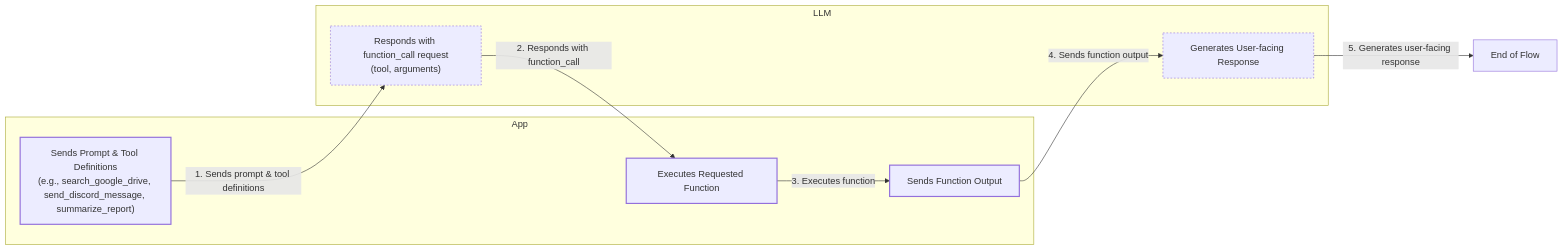
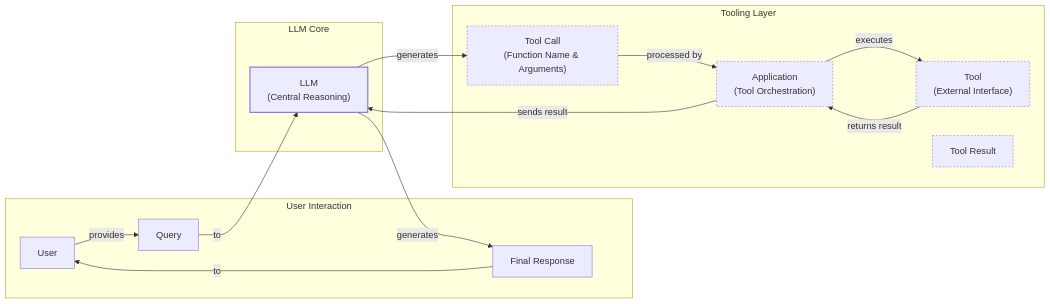
Before and after one commit to YMaXing/Research-Agent-reinforced-by-RL: the first of 4 diagrams in RL_researcher_writer_ymaxing/rl_training_data/noise_experiment/06_tools__var_standard__replicate2__preset3/article_000.md, drawn with Mermaid. The commit also changed other lines of this file and 4528 other files, not shown here.

````diff
--- a/RL_researcher_writer_ymaxing/rl_training_data/noise_experiment/06_tools__var_standard__replicate2__preset3/article_000.md
+++ b/RL_researcher_writer_ymaxing/rl_training_data/noise_experiment/06_tools__var_standard__replicate2__preset3/article_000.md
@@ -27,28 +15,41 @@
 ```mermaid
 flowchart LR
-  %% Define App actions
-  subgraph "App"
-    A_Start["Sends Prompt & Tool Definitions<br/>(e.g., search_google_drive, send_discord_message, summarize_report)"]
-    A_Execute["Executes Requested Function"]
-    A_SendOutput["Sends Function Output"]
+  %% User Interaction
+  subgraph "User Interaction"
+    User["User"]
+    Query["Query"]
+    FinalResponse["Final Response"]
   end
 
-  %% Define LLM actions
-  subgraph "LLM"
-    L_FunctionCall["Responds with function_call request<br/>(tool, arguments)"]
-    L_GenerateResponse["Generates User-facing Response"]
+  %% LLM Core
+  subgraph "LLM Core"
+    LLM["LLM<br/>(Central Reasoning)"]
   end
 
-  %% Define the 5-step flow
-  A_Start -- "1. Sends prompt & tool definitions" --> L_FunctionCall
-  L_FunctionCall -- "2. Responds with function_call" --> A_Execute
-  A_Execute -- "3. Executes function" --> A_SendOutput
-  A_SendOutput -- "4. Sends function output" --> L_GenerateResponse
-  L_GenerateResponse -- "5. Generates user-facing response" --> End["End of Flow"]
+  %% Tooling Layer
+  subgraph "Tooling Layer"
+    Application["Application<br/>(Tool Orchestration)"]
+    ToolCall["Tool Call<br/>(Function Name & Arguments)"]
+    Tool["Tool<br/>(External Interface)"]
+    ToolResult["Tool Result"]
+  end
 
-  %% Visual differentiation for node groups
-  classDef app_action stroke-width:2px
-  classDef llm_action stroke-dasharray:3,3
-  class A_Start,A_Execute,A_SendOutput app_action
-  class L_FunctionCall,L_GenerateResponse llm_action
+  %% Flow
+  User -- "provides" --> Query
+  Query -- "to" --> LLM
+
+  LLM -- "generates" --> ToolCall
+  ToolCall -- "processed by" --> Application
+  Application -- "executes" --> Tool
+  Tool -- "returns result" --> Application
+  Application -- "sends result" --> LLM
+
+  LLM -- "generates" --> FinalResponse
+  FinalResponse -- "to" --> User
+
+  %% Visual differentiation
+  classDef llm_core stroke-width:2px
+  classDef tooling_layer stroke-dasharray:3,3
+  class LLM llm_core
+  class Application,Tool,ToolCall,ToolResult tooling_layer
 ```
````
